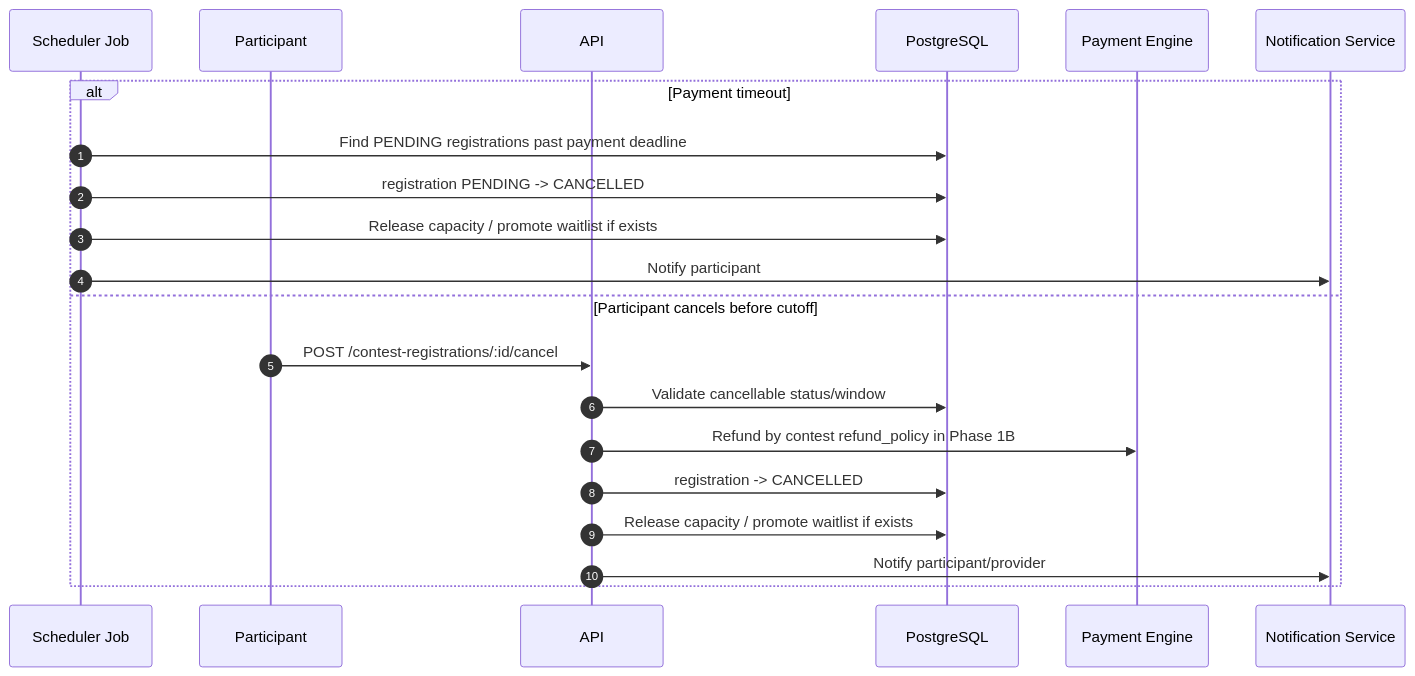
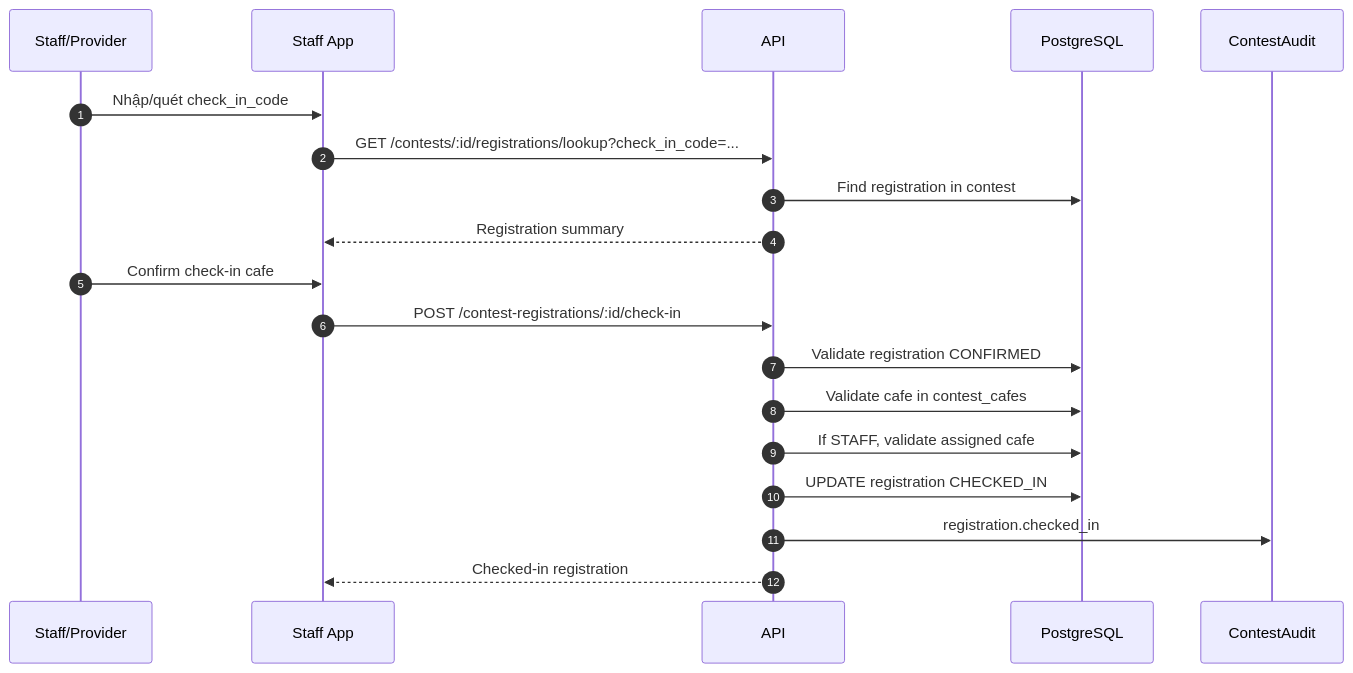
The fifth of 10 diagrams in docs/diagrams/sequence/sequence-flow-contest-lifecycle.md (RCField-SEP490/rcfield-spec), drawn with Mermaid before and after one commit. The commit also changed other lines of this file and 8 other files, not shown here.

````diff
--- a/docs/diagrams/sequence/sequence-flow-contest-lifecycle.md
+++ b/docs/diagrams/sequence/sequence-flow-contest-lifecycle.md
@@ -168,24 +131,22 @@
 ```mermaid
 sequenceDiagram
     autonumber
-    participant Job as Scheduler Job
-    participant C as Participant
+    participant S as Staff/Provider
+    participant W as Staff App
     participant API as API
     participant DB as PostgreSQL
-    participant Pay as Payment Engine
-    participant N as Notification Service
+    participant Audit as ContestAudit
 
-    alt Payment timeout
-        Job->>DB: Find PENDING registrations past payment deadline
-        Job->>DB: registration PENDING -> CANCELLED
-        Job->>DB: Release capacity / promote waitlist if exists
-        Job->>N: Notify participant
-    else Participant cancels before cutoff
-        C->>API: POST /contest-registrations/:id/cancel
-        API->>DB: Validate cancellable status/window
-        API->>Pay: Refund by contest refund_policy in Phase 1B
-        API->>DB: registration -> CANCELLED
-        API->>DB: Release capacity / promote waitlist if exists
-        API->>N: Notify participant/provider
-    end
+    S->>W: Nhập/quét check_in_code
+    W->>API: GET /contests/:id/registrations/lookup?check_in_code=...
+    API->>DB: Find registration in contest
+    API-->>W: Registration summary
+    S->>W: Confirm check-in cafe
+    W->>API: POST /contest-registrations/:id/check-in
+    API->>DB: Validate registration CONFIRMED
+    API->>DB: Validate cafe in contest_cafes
+    API->>DB: If STAFF, validate assigned cafe
+    API->>DB: UPDATE registration CHECKED_IN
+    API->>Audit: registration.checked_in
+    API-->>W: Checked-in registration
 ```
````
